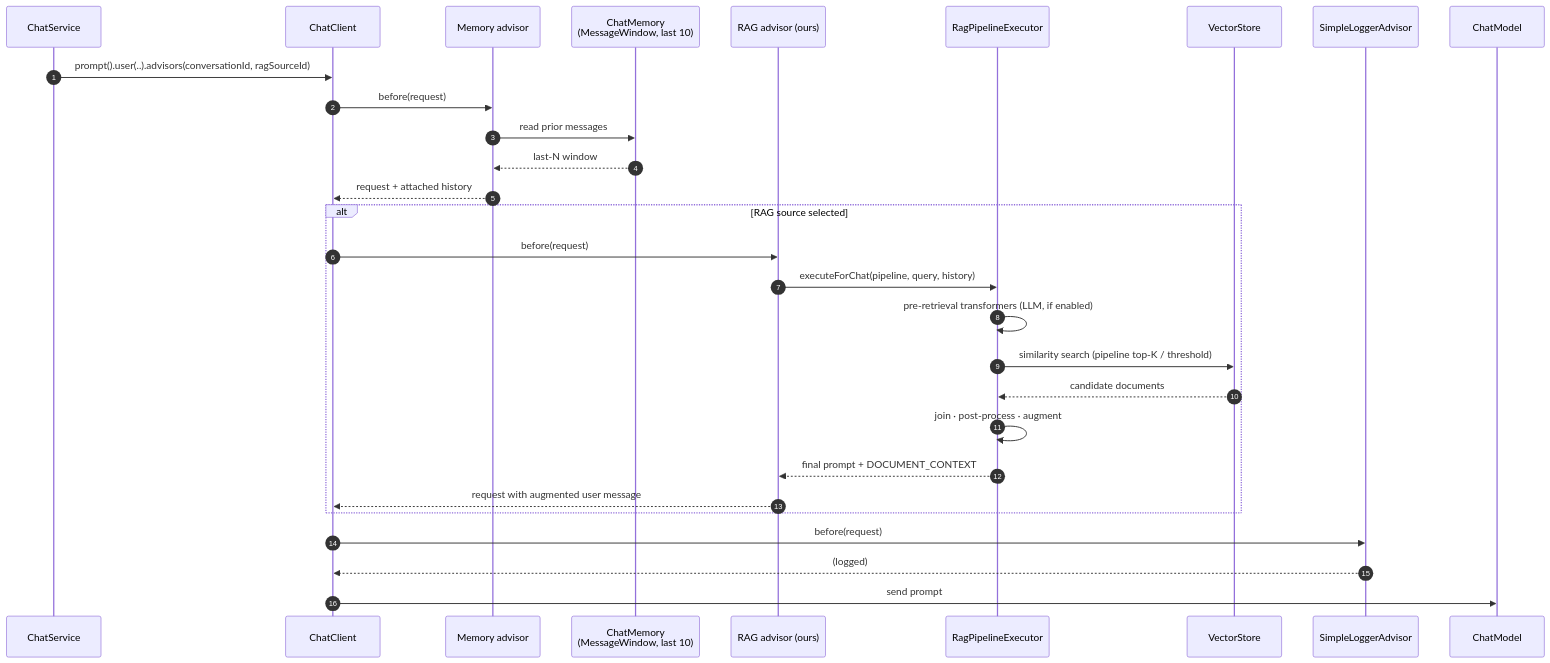
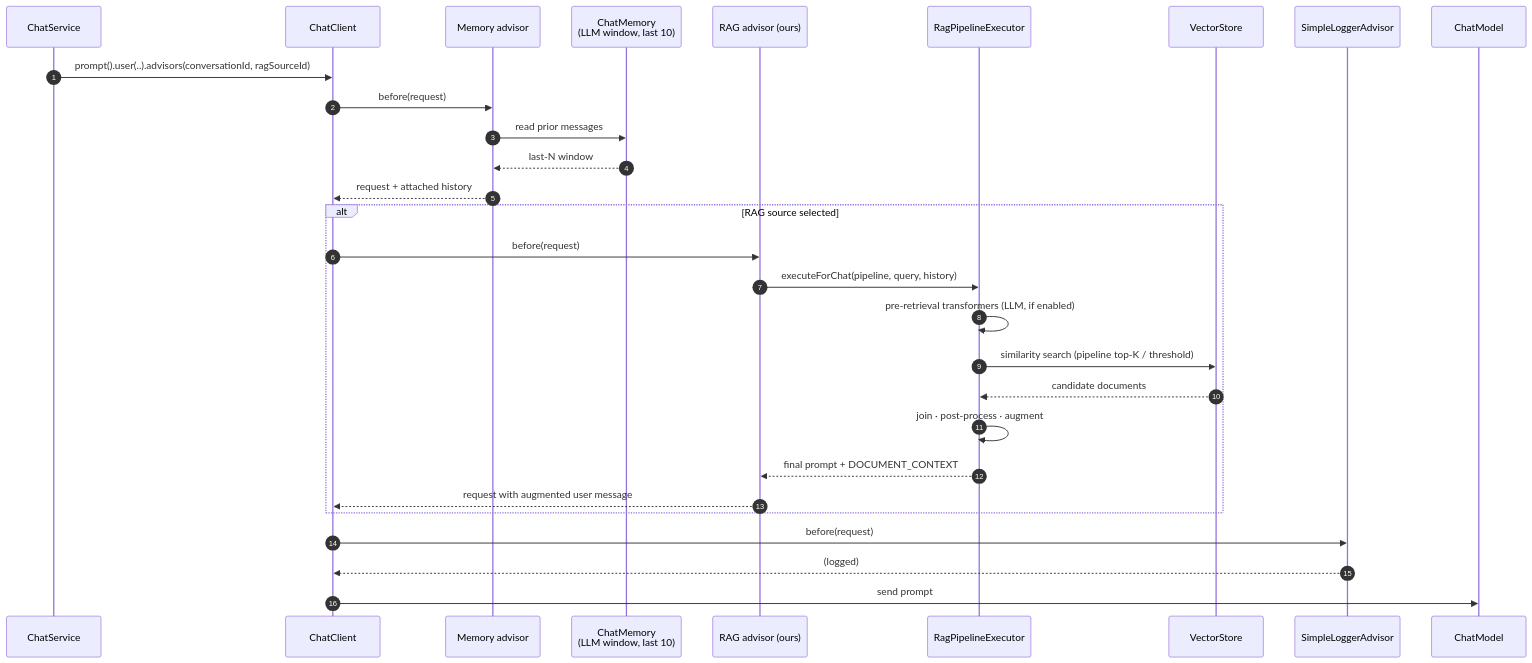
The seventh of 10 diagrams in docs/architecture.md (spring-ai-community/spring-ai-playground), drawn with Mermaid before and after one commit. The commit also changed other lines of this file and 60 other files, not shown here.

Commit message:
docs: add the architecture pages, the ai guides page and tutorials 18 to 22

````diff
--- a/docs/architecture.md
+++ b/docs/architecture.md
@@ -265,32 +288,32 @@
 ```mermaid
 sequenceDiagram
     autonumber
     participant CS as ChatService
     participant CCL as ChatClient
     participant MEM as Memory advisor
-    participant CMEM as ChatMemory<br/>(MessageWindow, last 10)
+    participant CMEM as ChatMemory<br/>(LLM window, last 10)
     participant RAG as RAG advisor (ours)
     participant EX as RagPipelineExecutor
     participant VS as VectorStore
     participant LOG as SimpleLoggerAdvisor
     participant MODEL as ChatModel
 
     CS->>CCL: prompt().user(..).advisors(conversationId, ragSourceId)
     CCL->>MEM: before(request)
     MEM->>CMEM: read prior messages
     CMEM-->>MEM: last-N window
     MEM-->>CCL: request + attached history
     alt RAG source selected
         CCL->>RAG: before(request)
         RAG->>EX: executeForChat(pipeline, query, history)
         EX->>EX: pre-retrieval transformers (LLM, if enabled)
         EX->>VS: similarity search (pipeline top-K / threshold)
         VS-->>EX: candidate documents
         EX->>EX: join · post-process · augment
         EX-->>RAG: final prompt + DOCUMENT_CONTEXT
         RAG-->>CCL: request with augmented user message
     end
     CCL->>LOG: before(request)
     LOG-->>CCL: (logged)
     CCL->>MODEL: send prompt
 ```
````
